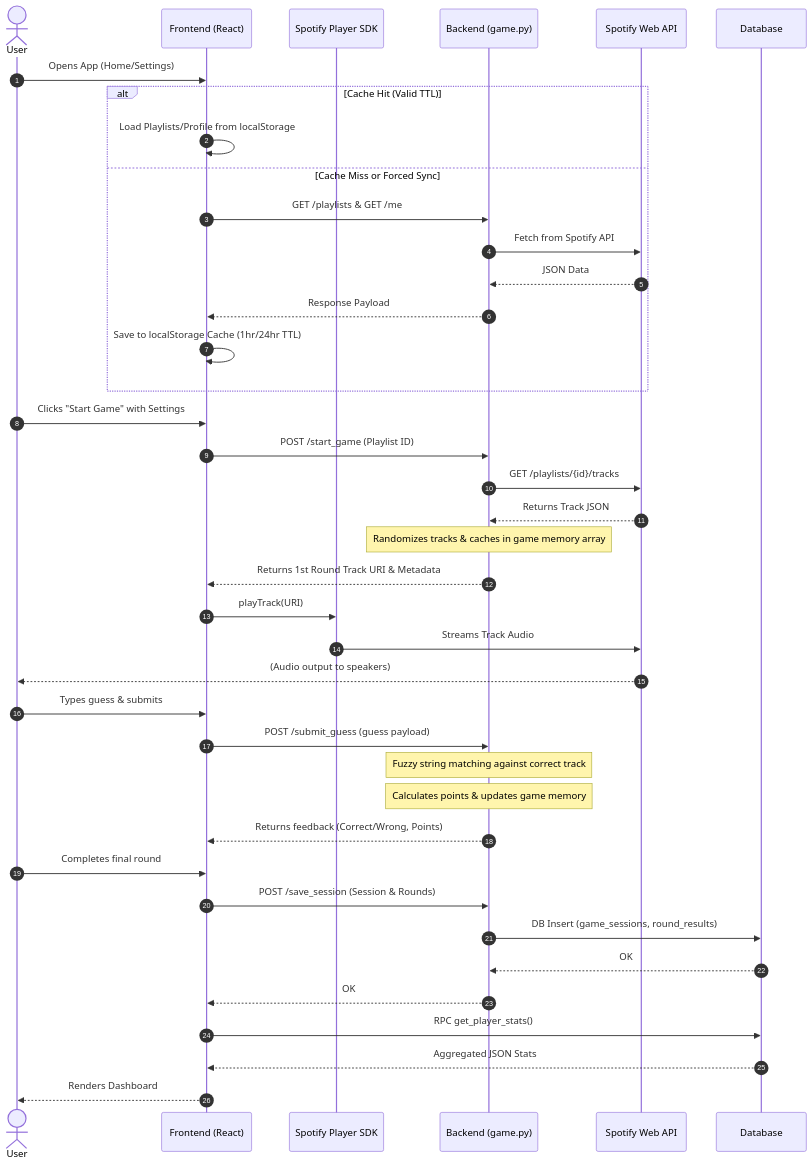
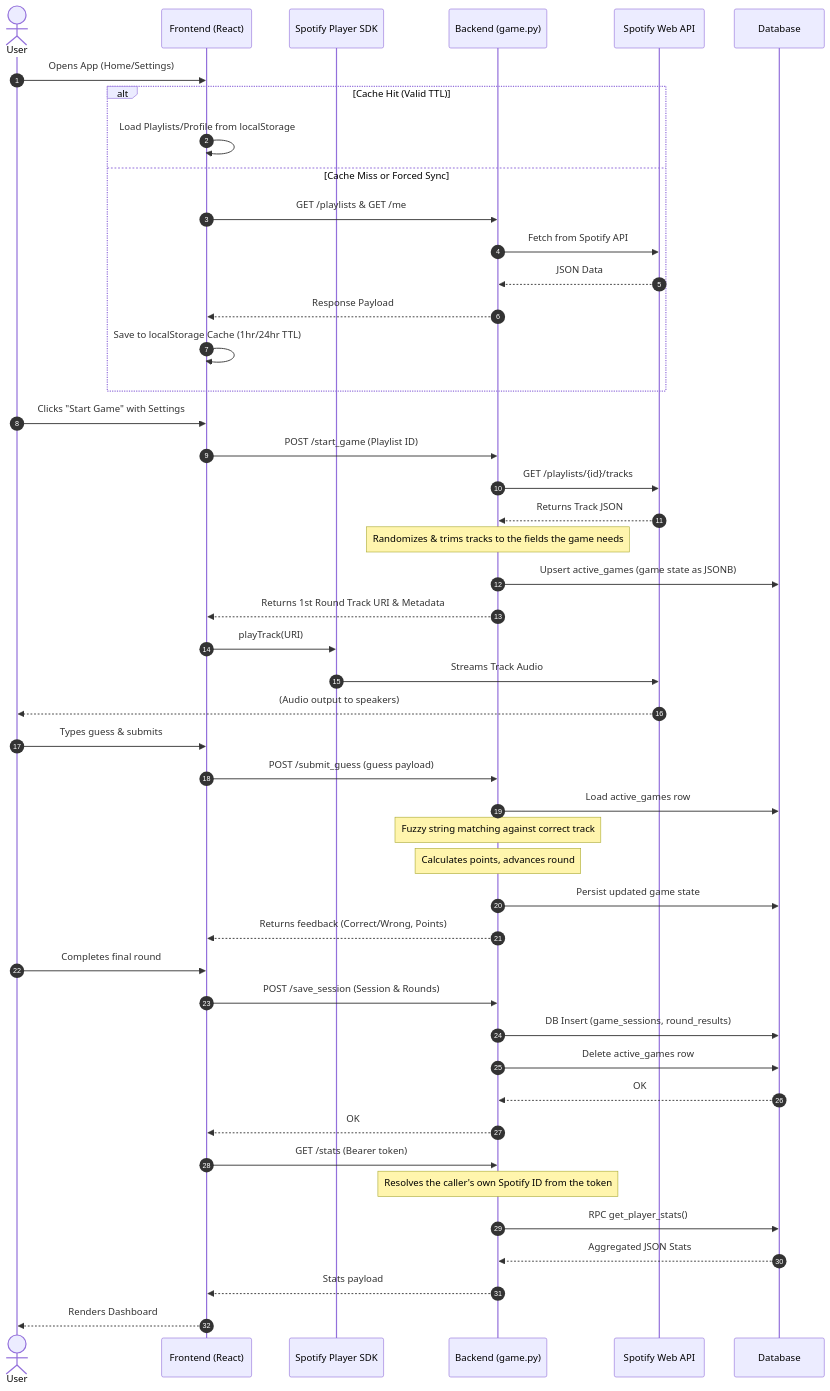
Before and after one commit to VaibhaVSharmaVvs/Beatify: the second of 4 diagrams in README.md, drawn with Mermaid. The commit also changed other lines of this file and 17 other files, not shown here.

````diff
--- a/README.md
+++ b/README.md
@@ -176,54 +179,61 @@
 ```mermaid
 sequenceDiagram
     autonumber
     actor User
     participant React as Frontend (React)
     participant SDK as Spotify Player SDK
     participant FastAPI as Backend (game.py)
     participant Spotify as Spotify Web API
     participant Supabase as Database
 
     %% App Initialization & Caching
     User->>React: Opens App (Home/Settings)
     alt Cache Hit (Valid TTL)
         React->>React: Load Playlists/Profile from localStorage
     else Cache Miss or Forced Sync
         React->>FastAPI: GET /playlists & GET /me
         FastAPI->>Spotify: Fetch from Spotify API
         Spotify-->>FastAPI: JSON Data
         FastAPI-->>React: Response Payload
         React->>React: Save to localStorage Cache (1hr/24hr TTL)
     end
 
     %% Start Game
     User->>React: Clicks "Start Game" with Settings
     React->>FastAPI: POST /start_game (Playlist ID)
     FastAPI->>Spotify: GET /playlists/{id}/tracks
     Spotify-->>FastAPI: Returns Track JSON
-    Note over FastAPI: Randomizes tracks & caches in game memory array
+    Note over FastAPI: Randomizes & trims tracks to the fields the game needs
+    FastAPI->>Supabase: Upsert active_games (game state as JSONB)
     FastAPI-->>React: Returns 1st Round Track URI & Metadata
 
     %% Play Audio
     React->>SDK: playTrack(URI)
     SDK->>Spotify: Streams Track Audio
     Spotify-->>User: (Audio output to speakers)
 
     %% Submit Guess
     User->>React: Types guess & submits
     React->>FastAPI: POST /submit_guess (guess payload)
+    FastAPI->>Supabase: Load active_games row
     Note over FastAPI: Fuzzy string matching against correct track
-    Note over FastAPI: Calculates points & updates game memory
+    Note over FastAPI: Calculates points, advances round
+    FastAPI->>Supabase: Persist updated game state
     FastAPI-->>React: Returns feedback (Correct/Wrong, Points)
 
     %% End Game
     User->>React: Completes final round
     React->>FastAPI: POST /save_session (Session & Rounds)
     FastAPI->>Supabase: DB Insert (game_sessions, round_results)
+    FastAPI->>Supabase: Delete active_games row
     Supabase-->>FastAPI: OK
     FastAPI-->>React: OK
 
     %% Fetch Stats
-    React->>Supabase: RPC get_player_stats()
-    Supabase-->>React: Aggregated JSON Stats
+    React->>FastAPI: GET /stats (Bearer token)
+    Note over FastAPI: Resolves the caller's own Spotify ID from the token
+    FastAPI->>Supabase: RPC get_player_stats()
+    Supabase-->>FastAPI: Aggregated JSON Stats
+    FastAPI-->>React: Stats payload
     React-->>User: Renders Dashboard
 ```
````
